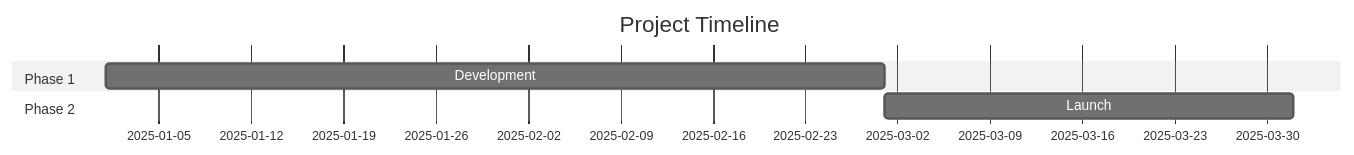
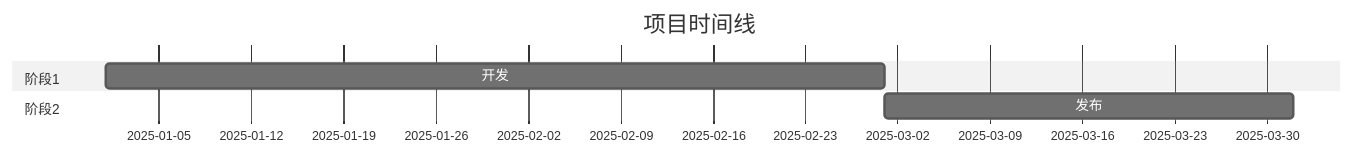
Before and after one commit to ShaofeiZi/deer-flow: the first of 3 diagrams in skills/public/github-deep-research/SKILL.md, drawn with Mermaid (neutral theme). The commit also changed other lines of this file and 12 other files, not shown here.

````diff
--- a/skills/public/github-deep-research/SKILL.md
+++ b/skills/public/github-deep-research/SKILL.md
@@ -94,9 +94,9 @@
 ```mermaid
 gantt
-    title Project Timeline
+    title 项目时间线
     dateFormat YYYY-MM-DD
-    section Phase 1
-    Development    :2025-01-01, 2025-03-01
-    section Phase 2
-    Launch         :2025-03-01, 2025-04-01
+    section 阶段1
+    开发    :2025-01-01, 2025-03-01
+    section 阶段2
+    发布         :2025-03-01, 2025-04-01
 ```
````
